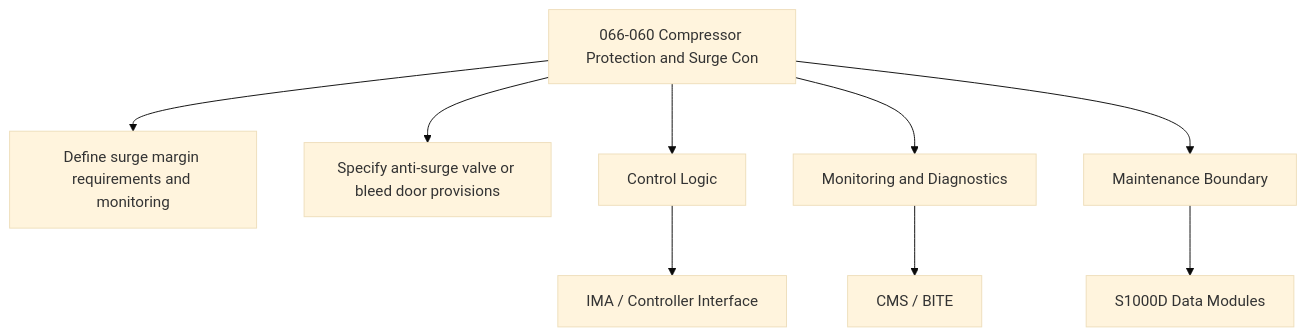
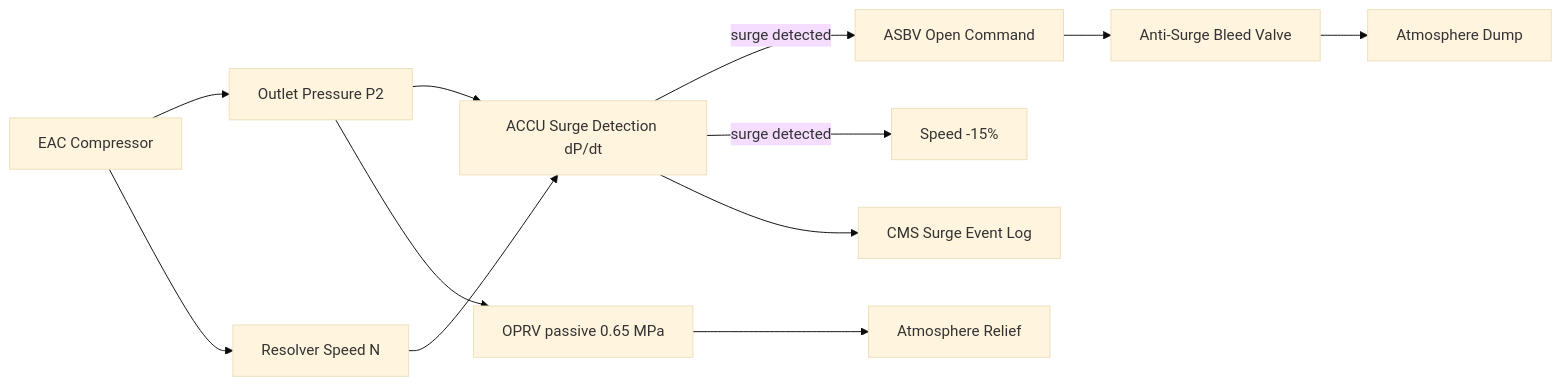
The first of 2 diagrams in Q+ATLANTIDE/000-099_ATLAS/060-069_Propulsion-Tradicional/066_Air-Compressor/066-060-Compressor-Protection-and-Surge-Control.md (AmedeoPelliccia/Qplus-For-All-Queer-People-and-Quantum), drawn with Mermaid (base theme) before and after one commit. The commit also changed other lines of this file and 9 other files, not shown here.

````diff
--- a/Q+ATLANTIDE/000-099_ATLAS/060-069_Propulsion-Tradicional/066_Air-Compressor/066-060-Compressor-Protection-and-Surge-Control.md
+++ b/Q+ATLANTIDE/000-099_ATLAS/060-069_Propulsion-Tradicional/066_Air-Compressor/066-060-Compressor-Protection-and-Surge-Control.md
@@ -172,11 +83,14 @@
 ```mermaid
-flowchart TB
-    SYS[066-060 Compressor Protection and Surge Con] --> F1[Define surge margin requirements and monitoring]
-    SYS --> F2[Specify anti-surge valve or bleed door provisions]
-    SYS --> CTRL[Control Logic]
-    SYS --> MON[Monitoring and Diagnostics]
-    SYS --> MAINT[Maintenance Boundary]
-    CTRL --> IMA[IMA / Controller Interface]
-    MON --> CMS[CMS / BITE]
-    MAINT --> CSDB[S1000D Data Modules]
+flowchart LR
+    EAC[EAC Compressor] --> P2[Outlet Pressure P2]
+    EAC --> SPEED[Resolver Speed N]
+    P2 --> ACCU_SURGE[ACCU Surge Detection dP/dt]
+    SPEED --> ACCU_SURGE
+    ACCU_SURGE -- "surge detected" --> ASBV_CMD[ASBV Open Command]
+    ACCU_SURGE -- "surge detected" --> SPEED_RED[Speed -15%]
+    ASBV_CMD --> ASBV[Anti-Surge Bleed Valve]
+    ASBV --> ATM[Atmosphere Dump]
+    P2 --> OPRV[OPRV passive 0.65 MPa]
+    OPRV --> ATM2[Atmosphere Relief]
+    ACCU_SURGE --> CMS[CMS Surge Event Log]
 ```
````
